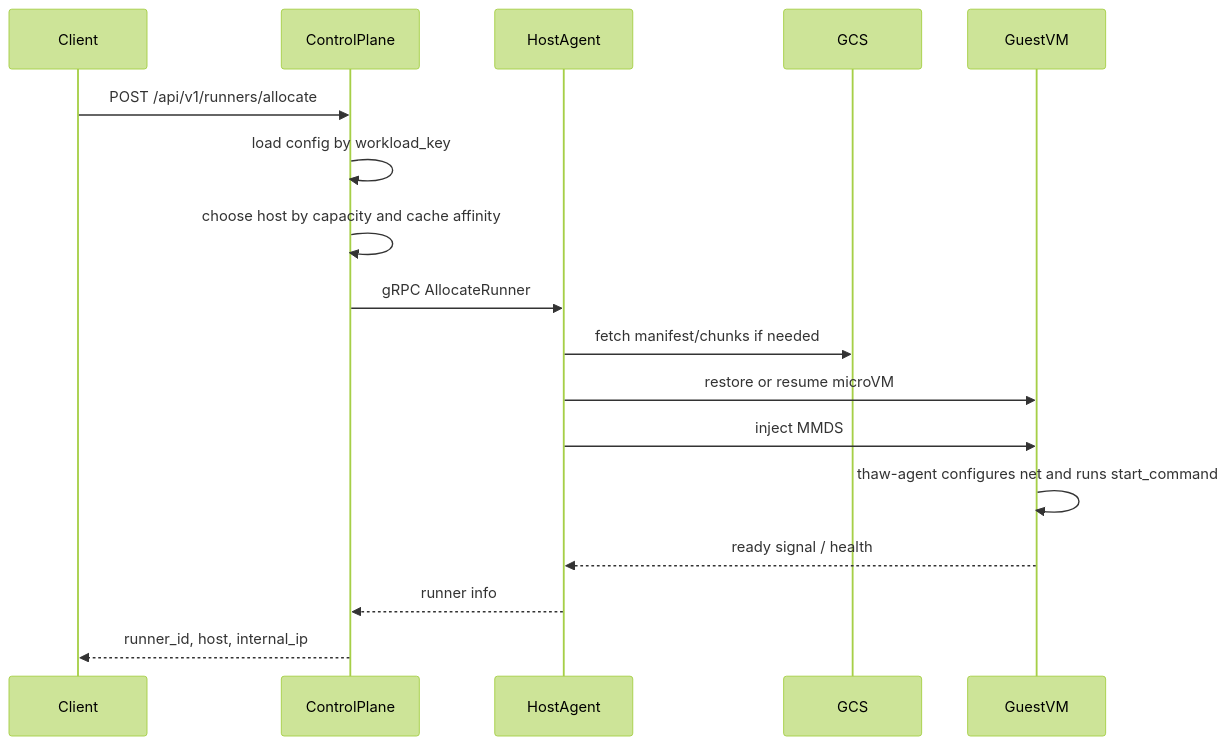
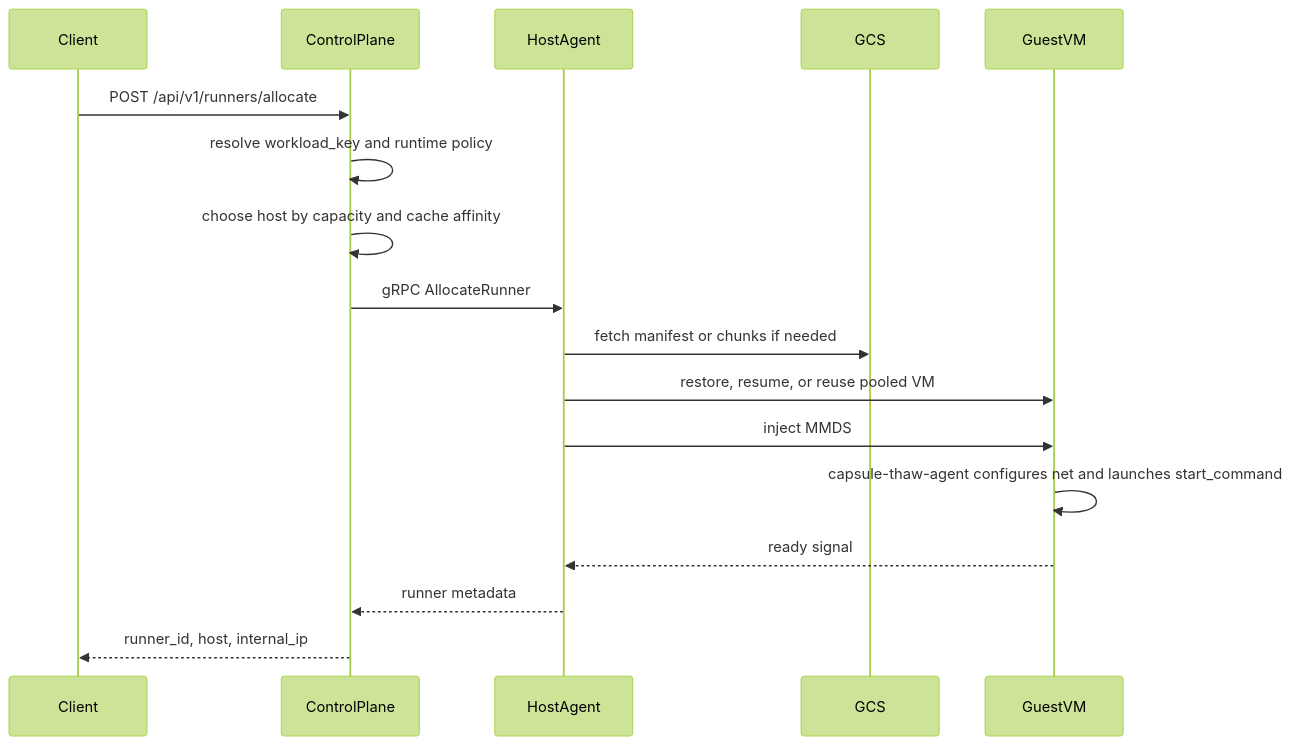
Before and after one commit to rahul-roy-glean/capsule: the third of 4 diagrams in docs/architecture.md, drawn with Mermaid (forest theme). The commit also changed other lines of this file and 297 other files, not shown here.

````diff
--- a/docs/architecture.md
+++ b/docs/architecture.md
@@ -124,20 +137,20 @@
 ```mermaid
 sequenceDiagram
   participant Client
   participant CP as ControlPlane
   participant Host as HostAgent
   participant GCS as GCS
   participant VM as GuestVM
 
   Client->>CP: POST /api/v1/runners/allocate
-  CP->>CP: load config by workload_key
+  CP->>CP: resolve workload_key and runtime policy
   CP->>CP: choose host by capacity and cache affinity
   CP->>Host: gRPC AllocateRunner
-  Host->>GCS: fetch manifest/chunks if needed
-  Host->>VM: restore or resume microVM
+  Host->>GCS: fetch manifest or chunks if needed
+  Host->>VM: restore, resume, or reuse pooled VM
   Host->>VM: inject MMDS
-  VM->>VM: thaw-agent configures net and runs start_command
-  VM-->>Host: ready signal / health
-  Host-->>CP: runner info
+  VM->>VM: capsule-thaw-agent configures net and launches start_command
+  VM-->>Host: ready signal
+  Host-->>CP: runner metadata
   CP-->>Client: runner_id, host, internal_ip
 ```
````
